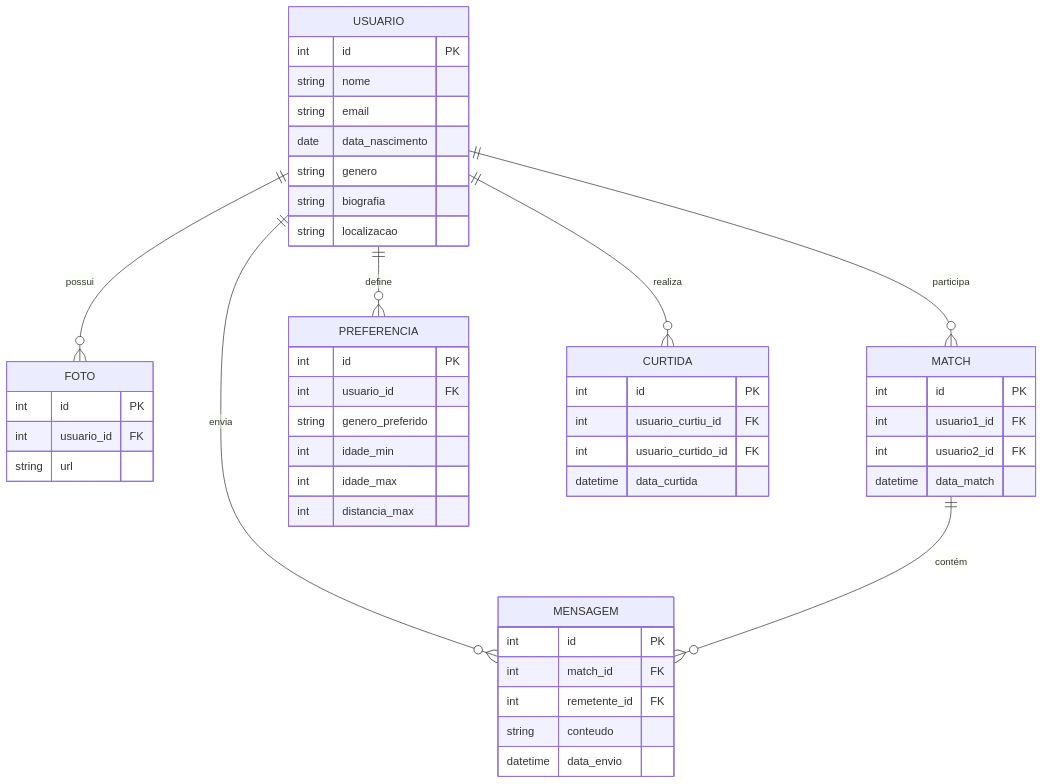
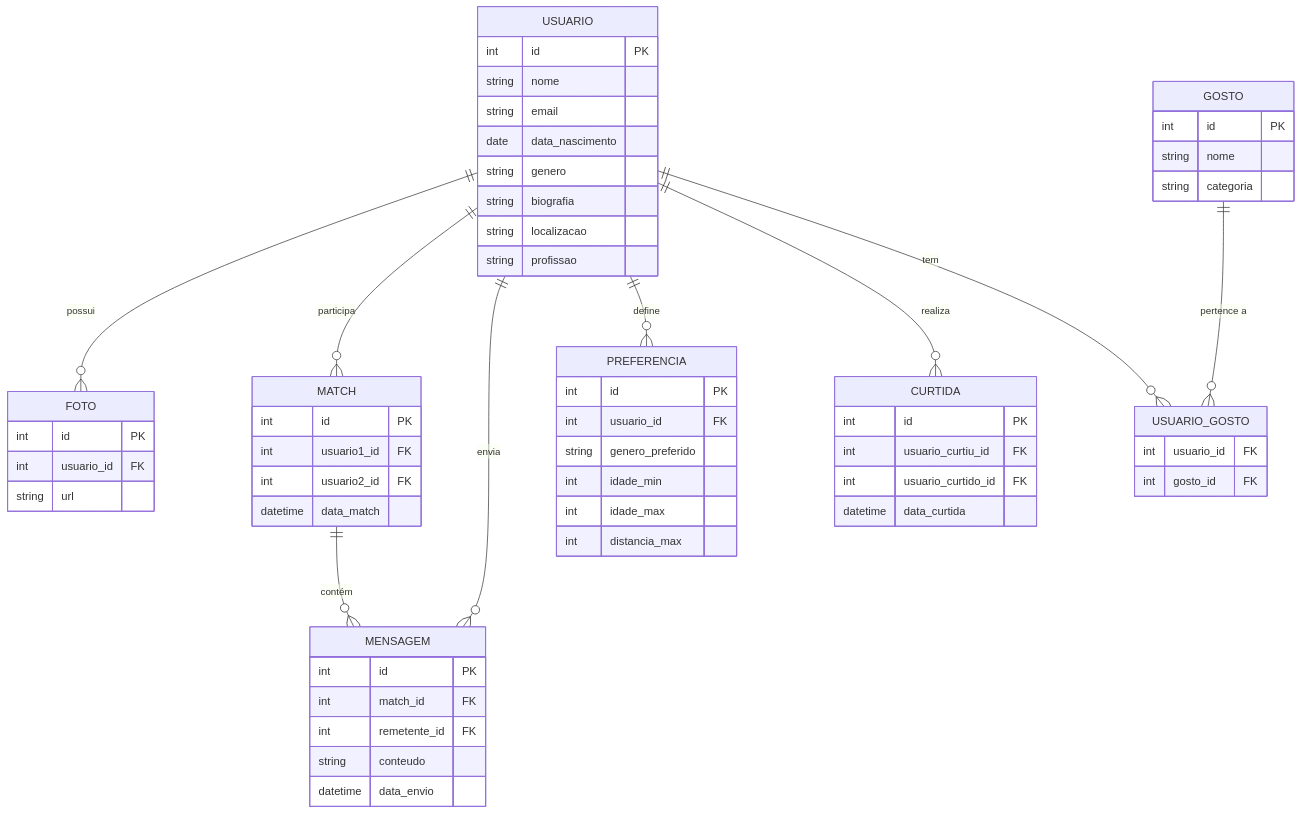
The diagram in estrutura.mermaid (UnPapo/unpapo-back), drawn with Mermaid before and after one commit.

```diff
--- a/estrutura.mermaid
+++ b/estrutura.mermaid
@@ -1,49 +1,61 @@
 erDiagram
     USUARIO {
         int id PK
         string nome
         string email
         date data_nascimento
         string genero
         string biografia
         string localizacao
+        string profissao
     }
     FOTO {
         int id PK
         int usuario_id FK
         string url
     }
     MATCH {
         int id PK
         int usuario1_id FK
         int usuario2_id FK
         datetime data_match
     }
     MENSAGEM {
         int id PK
         int match_id FK
         int remetente_id FK
         string conteudo
         datetime data_envio
     }
     PREFERENCIA {
         int id PK
         int usuario_id FK
         string genero_preferido
         int idade_min
         int idade_max
         int distancia_max
     }
     CURTIDA {
         int id PK
         int usuario_curtiu_id FK
         int usuario_curtido_id FK
         datetime data_curtida
     }
+    GOSTO {
+        int id PK
+        string nome
+        string categoria
+    }
+    USUARIO_GOSTO {
+        int usuario_id FK
+        int gosto_id FK
+    }
 
     USUARIO ||--o{ FOTO : "possui"
     USUARIO ||--o{ MATCH : "participa"
     USUARIO ||--o{ MENSAGEM : "envia"
     USUARIO ||--o{ PREFERENCIA : "define"
     USUARIO ||--o{ CURTIDA : "realiza"
+    USUARIO ||--o{ USUARIO_GOSTO : "tem"
+    GOSTO ||--o{ USUARIO_GOSTO : "pertence a"
     MATCH ||--o{ MENSAGEM : "contém"
```
